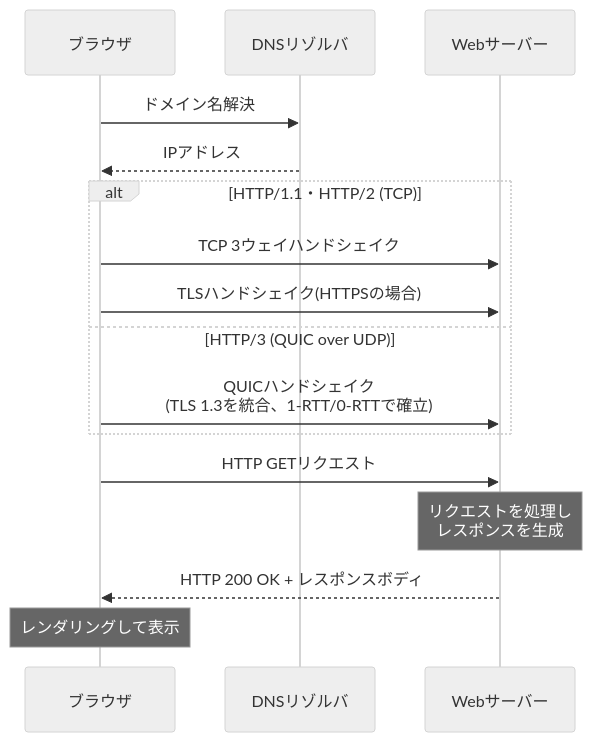
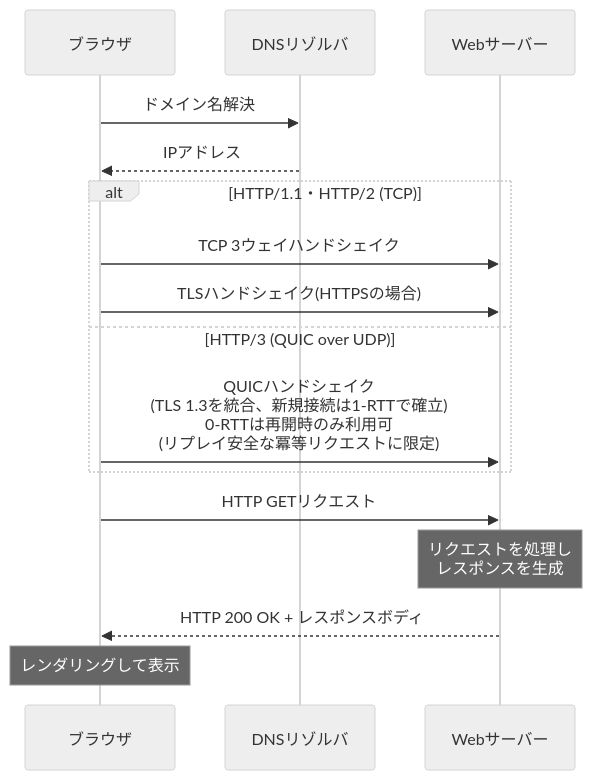
One commit to myoshi2891/Cloud-Infrastructure-Studies changed diagram 15 of 21 in Computer-networks-tanenbaum.md. Above: the diagram before and after it, drawn with Mermaid (neutral theme).

Commit message:
docs(books): clarify QUIC handshake and 0-RTT resumption in Computer Networks guide

````diff
--- a/Computer-networks-tanenbaum.md
+++ b/Computer-networks-tanenbaum.md
@@ -546,19 +546,19 @@
 ```mermaid
 sequenceDiagram
     participant Browser as ブラウザ
     participant DNS as DNSリゾルバ
     participant Server as Webサーバー
 
     Browser->>DNS: ドメイン名解決
     DNS-->>Browser: IPアドレス
     alt HTTP/1.1・HTTP/2 (TCP)
         Browser->>Server: TCP 3ウェイハンドシェイク
         Browser->>Server: TLSハンドシェイク(HTTPSの場合)
     else HTTP/3 (QUIC over UDP)
-        Browser->>Server: QUICハンドシェイク<br/>(TLS 1.3を統合、1-RTT/0-RTTで確立)
+        Browser->>Server: QUICハンドシェイク<br/>(TLS 1.3を統合、新規接続は1-RTTで確立)<br/>0-RTTは再開時のみ利用可<br/>(リプレイ安全な冪等リクエストに限定)
     end
     Browser->>Server: HTTP GETリクエスト
     Note over Server: リクエストを処理し<br/>レスポンスを生成
     Server-->>Browser: HTTP 200 OK + レスポンスボディ
     Note over Browser: レンダリングして表示
 ```
````
